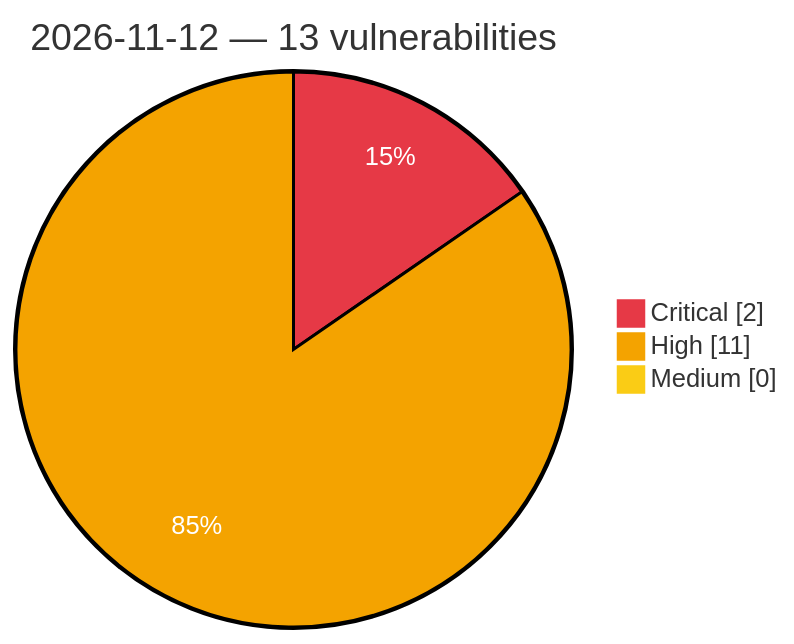
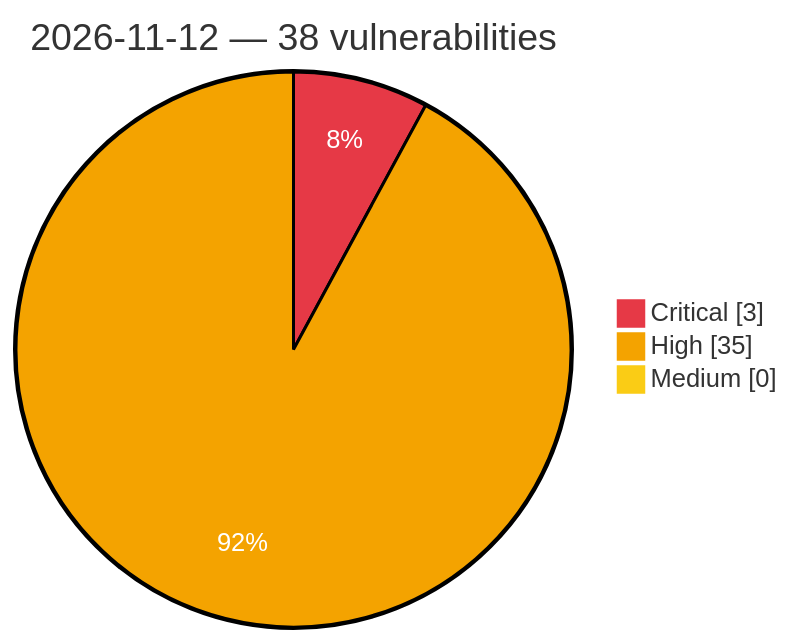
One commit to GhostX0X/vuln-tracker changed the diagram in vulnerabilities/2026/November/2026-11-12.md. Above: the diagram before and after it, drawn with Mermaid. The commit also changed other lines of this file and 5 other files, not shown here.

Commit message:
Auto update: critical/high vulns (2026-11-12 16:15 UTC)

````diff
--- a/vulnerabilities/2026/November/2026-11-12.md
+++ b/vulnerabilities/2026/November/2026-11-12.md
@@ -3,8 +3,8 @@
 ```mermaid
 %%{init: {'theme':'base', 'themeVariables': {'pie1':'#e63946', 'pie2':'#f4a300', 'pie3':'#facc15', 'pieOpacity':'1', 'pieOuterStrokeWidth':'2px', 'pieSectionTextColor':'#ffffff'}}}%%
 pie showData
-    title 2026-11-12 — 13 vulnerabilities
-    "Critical" : 2
-    "High" : 11
+    title 2026-11-12 — 38 vulnerabilities
+    "Critical" : 3
+    "High" : 35
     "Medium" : 0
 ```
````
